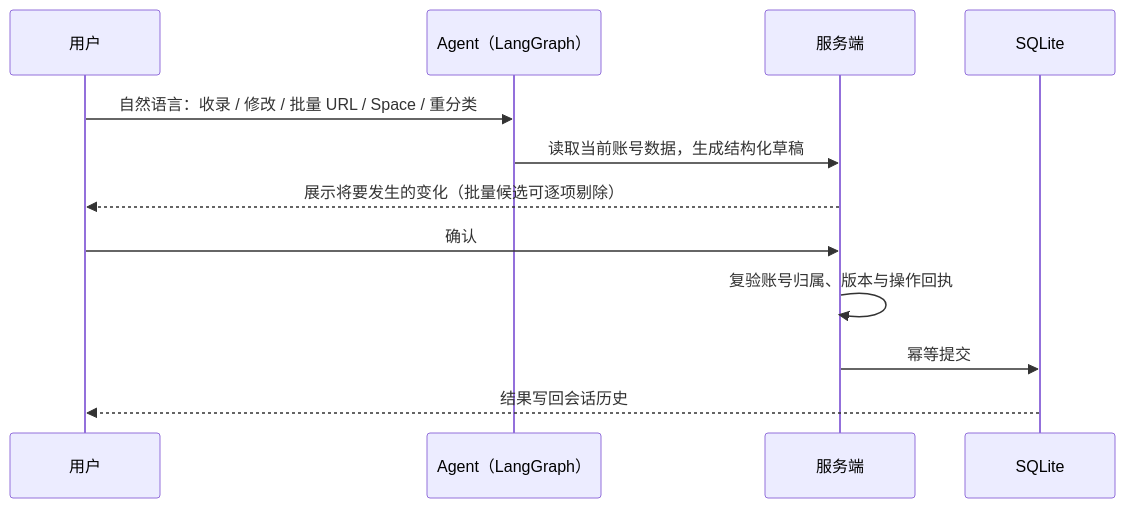
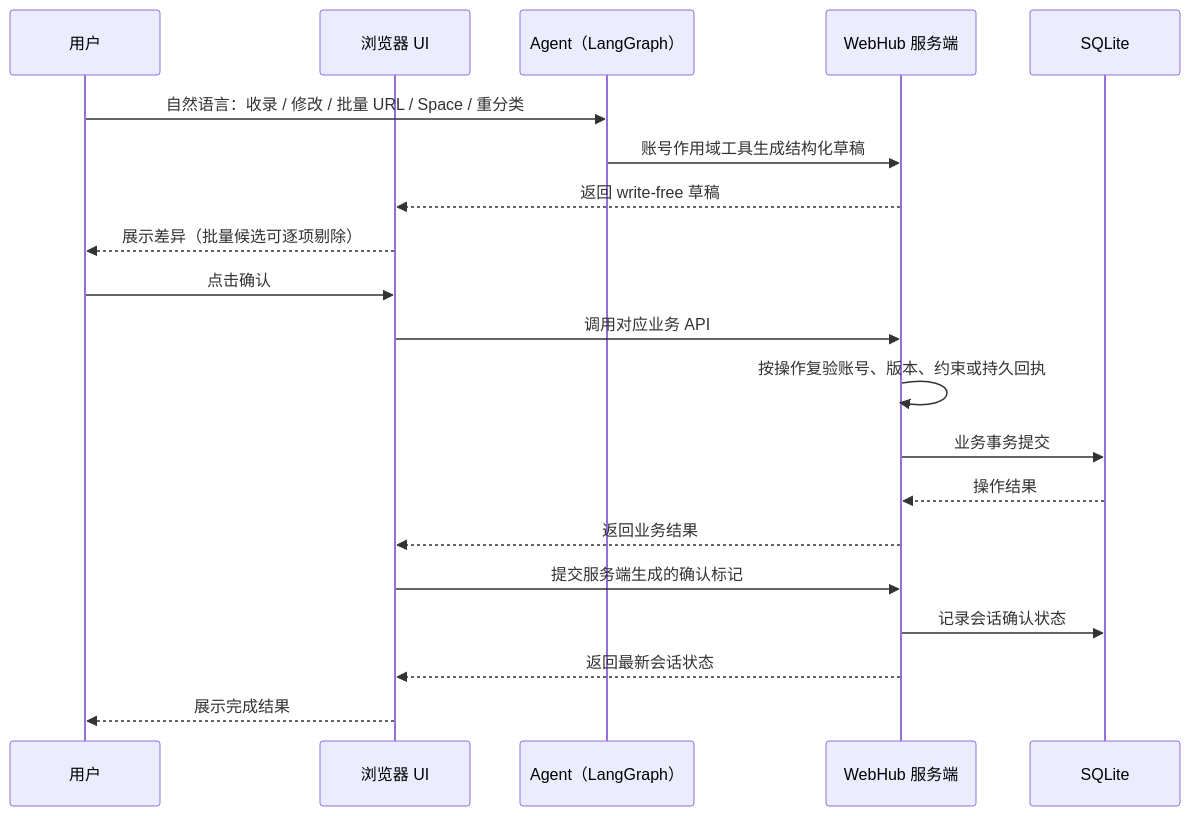
Before and after one commit to zzf-857/WebsiteHub: the second of 4 diagrams in README.md, drawn with Mermaid. The commit also changed other lines of this file and 104 other files, not shown here.

````diff
--- a/README.md
+++ b/README.md
@@ -99,14 +152,22 @@
 ```mermaid
 sequenceDiagram
     participant U as 用户
+    participant B as 浏览器 UI
     participant A as Agent（LangGraph）
-    participant S as 服务端
+    participant S as WebHub 服务端
     participant D as SQLite
     U->>A: 自然语言：收录 / 修改 / 批量 URL / Space / 重分类
-    A->>S: 读取当前账号数据，生成结构化草稿
-    S-->>U: 展示将要发生的变化（批量候选可逐项剔除）
-    U->>S: 确认
-    S->>S: 复验账号归属、版本与操作回执
-    S->>D: 幂等提交
-    D-->>U: 结果写回会话历史
+    A->>S: 账号作用域工具生成结构化草稿
+    S-->>B: 返回 write-free 草稿
+    B-->>U: 展示差异（批量候选可逐项剔除）
+    U->>B: 点击确认
+    B->>S: 调用对应业务 API
+    S->>S: 按操作复验账号、版本、约束或持久回执
+    S->>D: 业务事务提交
+    D-->>S: 操作结果
+    S-->>B: 返回业务结果
+    B->>S: 提交服务端生成的确认标记
+    S->>D: 记录会话确认状态
+    S-->>B: 返回最新会话状态
+    B-->>U: 展示完成结果
 ```
````
